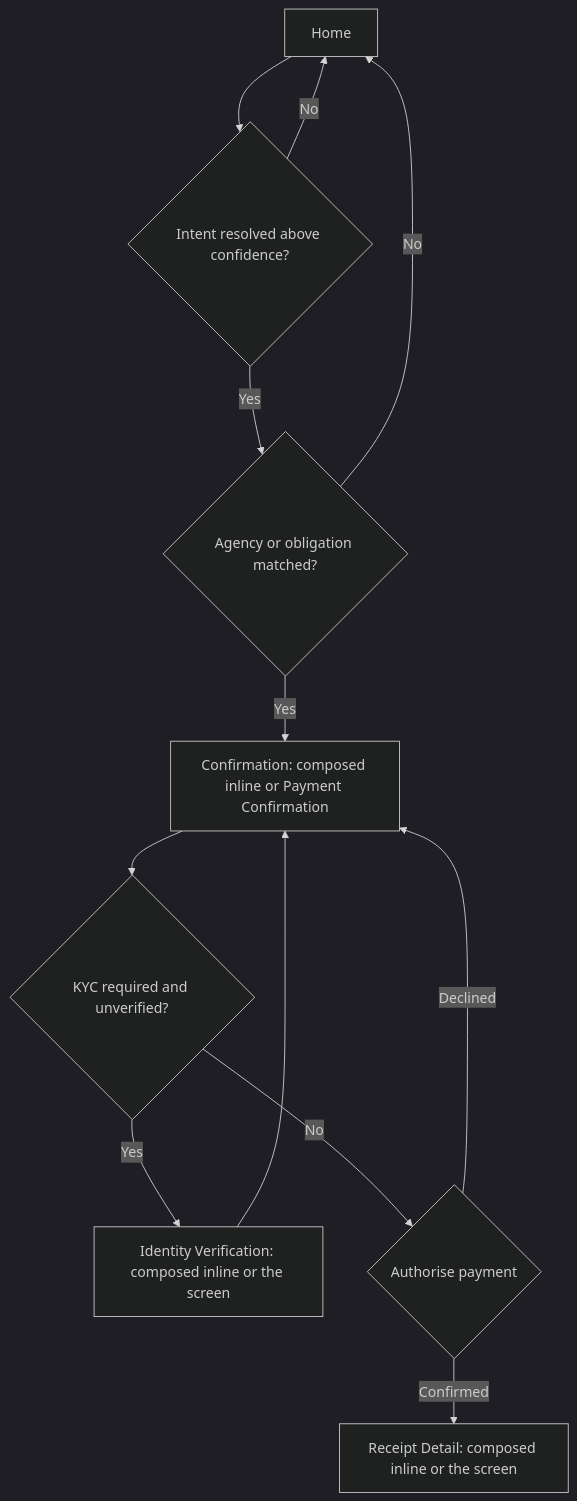
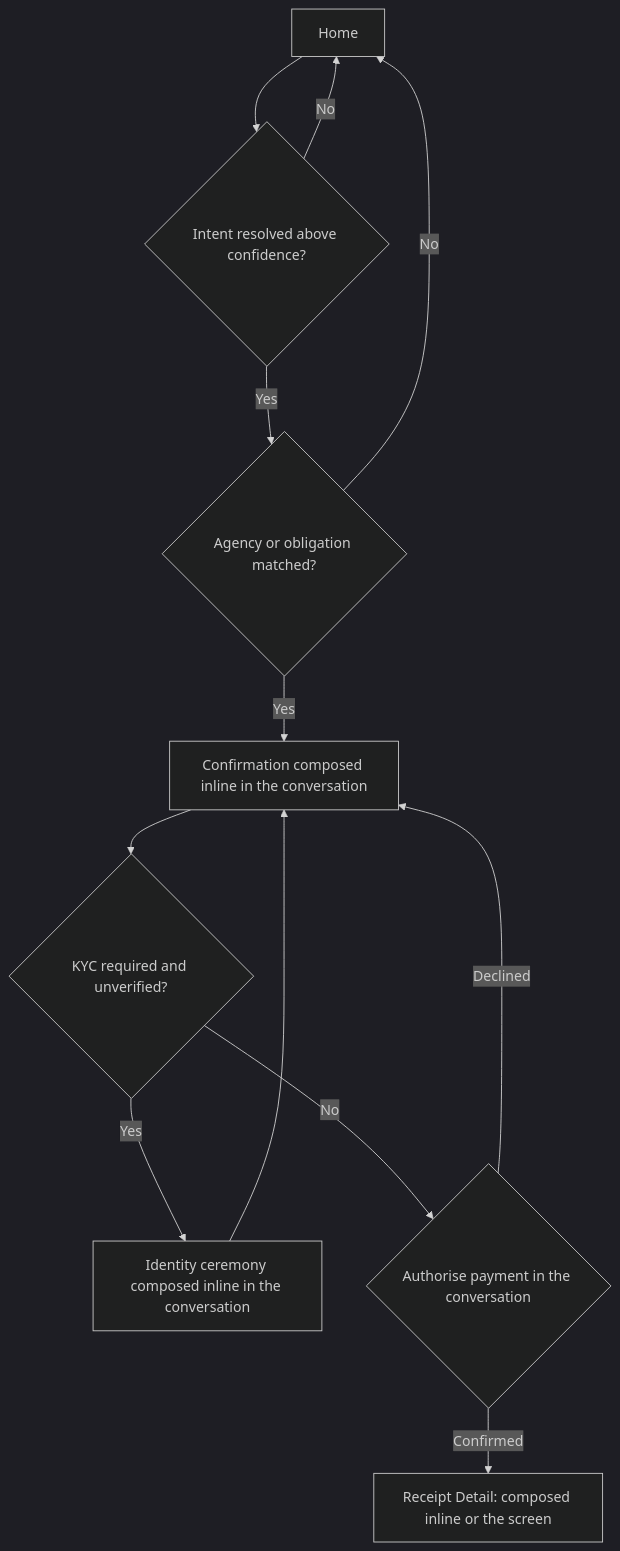
Before and after one commit to vanguard-op/sabi-docs: the second of 9 diagrams in Sabi/user-flow.md, drawn with Mermaid (dark theme). The commit also changed other lines of this file and 11 other files, not shown here.

First line of the commit message:
docs(sabi): complete tasks inline in the conversation; drop Payment Confirmation

````diff
--- a/Sabi/user-flow.md
+++ b/Sabi/user-flow.md
@@ -89,14 +89,14 @@
 ```mermaid
 graph TD
     Home[Home] --> A{Intent resolved above confidence?}
     A -->|No| Home
     A -->|Yes| B{Agency or obligation matched?}
     B -->|No| Home
-    B -->|Yes| C[Confirmation: composed inline or Payment Confirmation]
+    B -->|Yes| C[Confirmation composed inline in the conversation]
     C --> D{KYC required and unverified?}
-    D -->|Yes| V[Identity Verification: composed inline or the screen]
+    D -->|Yes| V[Identity ceremony composed inline in the conversation]
     V --> C
-    D -->|No| E{Authorise payment}
+    D -->|No| E{Authorise payment in the conversation}
     E -->|Confirmed| G[Receipt Detail: composed inline or the screen]
     E -->|Declined| C
 ```
````
